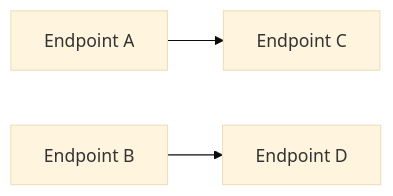
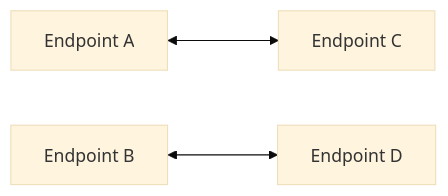
Before and after one commit to Particular/docs.particular.net: the first of 2 diagrams in nservicebus/bridge/scenarios.md, drawn with Mermaid (base theme). The commit also changed other lines of this file and 1 other file, not shown here.

````diff
--- a/nservicebus/bridge/scenarios.md
+++ b/nservicebus/bridge/scenarios.md
@@ -29,6 +29,6 @@
 ```mermaid
-graph LR
+flowchart LR
 
-A[Endpoint A] --> C[Endpoint C]
-B[Endpoint B] --> D[Endpoint D]
+A[Endpoint A] <---> C[Endpoint C]
+B[Endpoint B] <---> D[Endpoint D]
 ```
````
